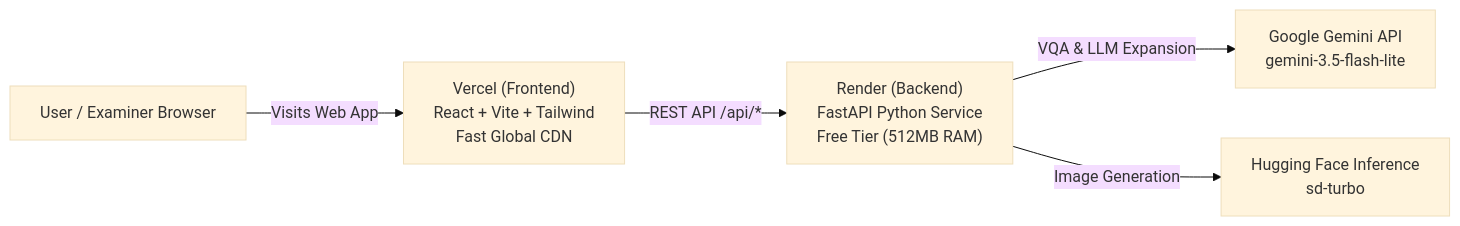
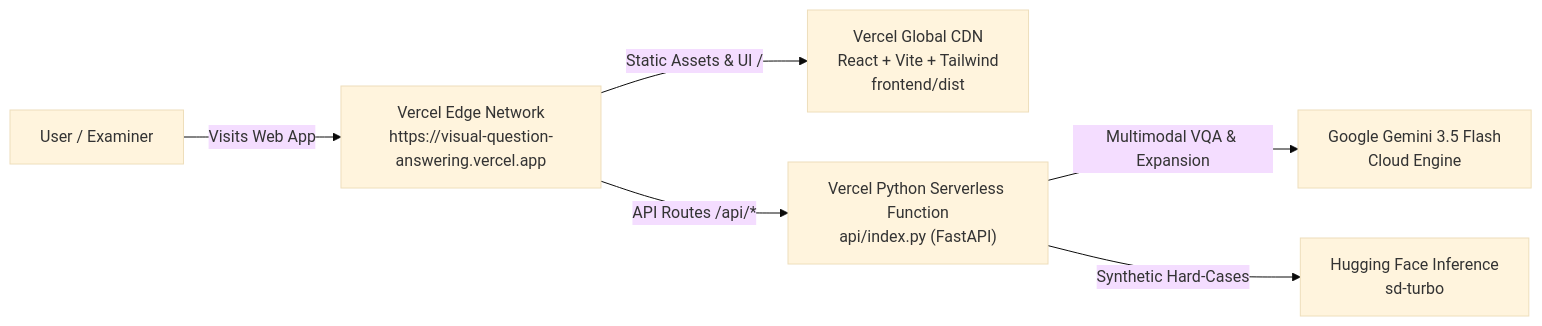
Before and after one commit to ParasSalunke/visual-question-answering: the diagram in DEPLOY.md, drawn with Mermaid (base theme). The commit also changed other lines of this file and 45 other files, not shown here.

Commit message:
feat(deploy): configure full-stack Vercel deployment with serverless Python API

````diff
--- a/DEPLOY.md
+++ b/DEPLOY.md
@@ -9,7 +11,8 @@
 ```mermaid
 flowchart LR
-    User["User / Examiner Browser"] -->|Visits Web App| Vercel["Vercel (Frontend)\nReact + Vite + Tailwind\nFast Global CDN"]
-    Vercel -->|REST API /api/*| Render["Render (Backend)\nFastAPI Python Service\nFree Tier (512MB RAM)"]
-    Render -->|VQA & LLM Expansion| Gemini["Google Gemini API\ngemini-3.5-flash-lite"]
-    Render -->|Image Generation| HF["Hugging Face Inference\nsd-turbo"]
+    User["User / Examiner"] -->|Visits Web App| VercelRoot["Vercel Edge Network\nhttps://visual-question-answering.vercel.app"]
+    VercelRoot -->|Static Assets & UI /| CDN["Vercel Global CDN\nReact + Vite + Tailwind\nfrontend/dist"]
+    VercelRoot -->|API Routes /api/*| Serverless["Vercel Python Serverless Function\napi/index.py (FastAPI)"]
+    Serverless -->|Multimodal VQA & Expansion| Gemini["Google Gemini 3.5 Flash\nCloud Engine"]
+    Serverless -->|Synthetic Hard-Cases| HF["Hugging Face Inference\nsd-turbo"]
 ```
````
